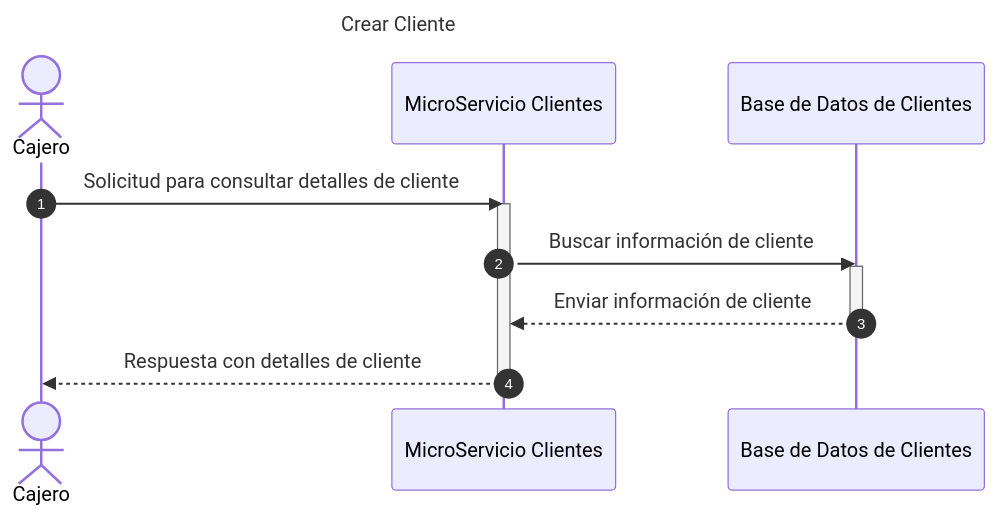
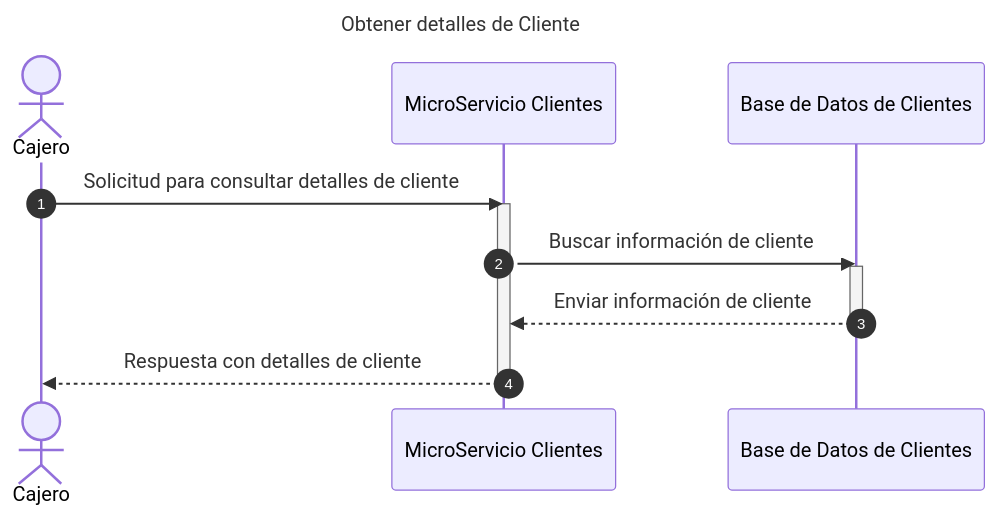
The fourth of 11 diagrams in Documentacion/DiagramaDeSecuencia.md (dannyverap/XYZBank), drawn with Mermaid before and after one commit. The commit also changed other lines of this file and 22 other files, not shown here.

````diff
--- a/Documentacion/DiagramaDeSecuencia.md
+++ b/Documentacion/DiagramaDeSecuencia.md
@@ -64,16 +64,16 @@
 ```mermaid
 sequenceDiagram
-    title Crear Cliente
+    title Obtener detalles de Cliente
     autonumber
     actor C as Cajero
     participant MsCliente as MicroServicio Clientes
     participant ClienteDb as Base de Datos de Clientes
     C ->> MsCliente: Solicitud para consultar detalles de cliente
     activate MsCliente
     MsCliente ->> ClienteDb: Buscar información de cliente
     activate ClienteDb
     ClienteDb -->> MsCliente: Enviar información de cliente
     deactivate ClienteDb
     MsCliente -->> C: Respuesta con detalles de cliente
     deactivate MsCliente
 ```
````
